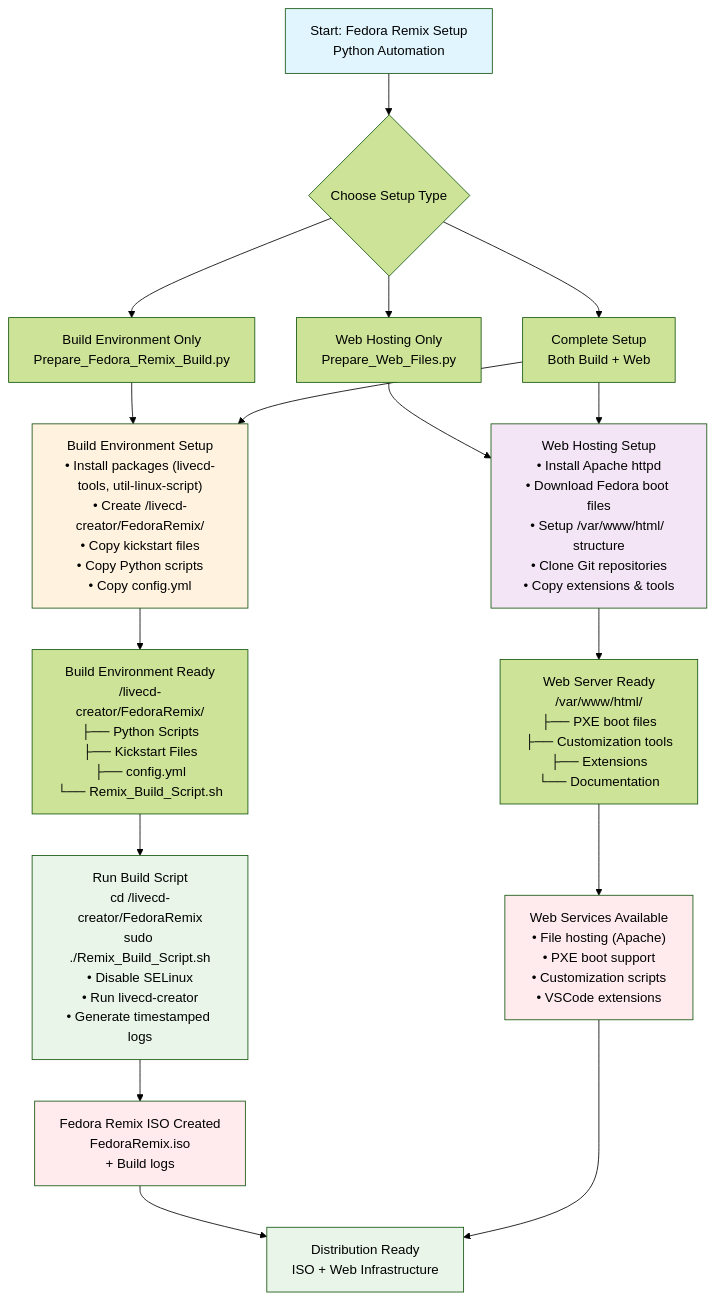
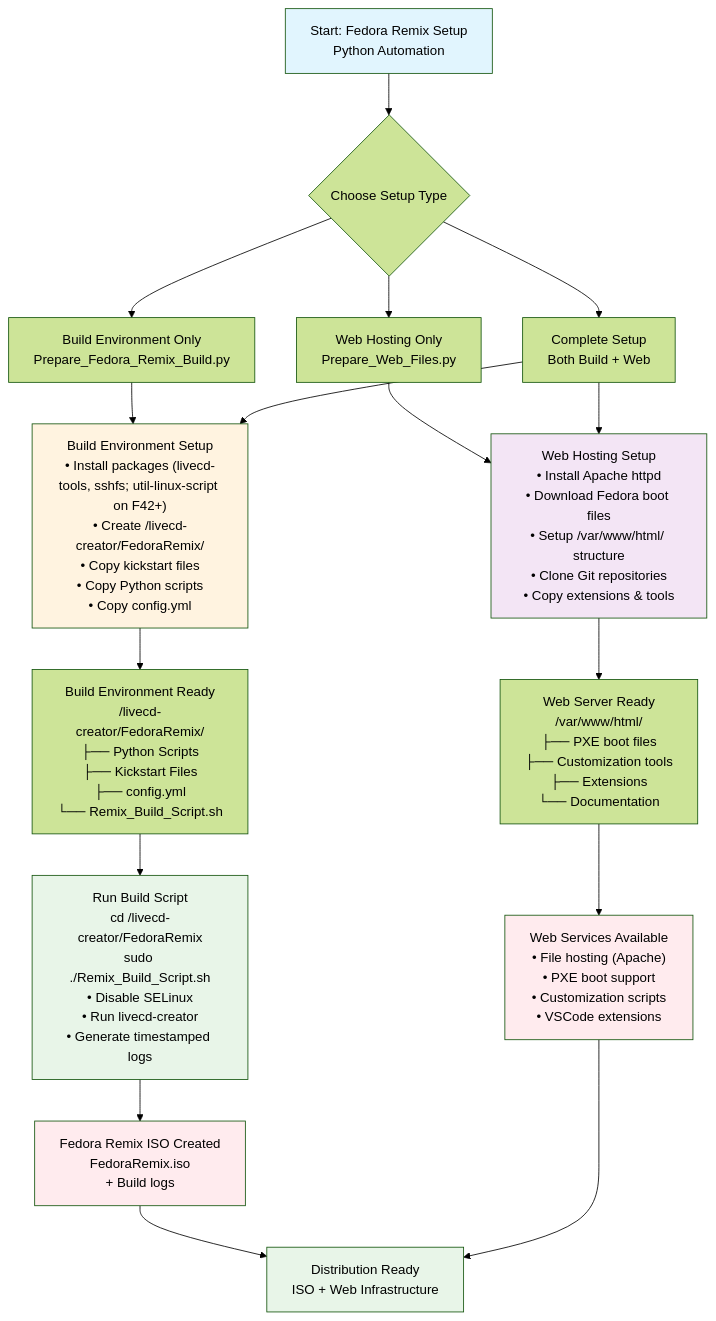
One commit to tmichett/Fedora_Remix changed the diagram in README_Scripts_Usage.md. Above: the diagram before and after it, drawn with Mermaid (forest theme). The commit also changed other lines of this file and 10 other files, not shown here.

First line of the commit message:
feat: Extend Update_Remix_Config for SSH path, remix dir, registry owner; sync docs (#198)

````diff
--- a/README_Scripts_Usage.md
+++ b/README_Scripts_Usage.md
@@ -139,36 +143,36 @@
 ```mermaid
 flowchart TD
     A["Start: Fedora Remix Setup<br/>Python Automation"] --> B{Choose Setup Type}
     
     B --> C["Build Environment Only<br/>Prepare_Fedora_Remix_Build.py"]
     B --> D["Web Hosting Only<br/>Prepare_Web_Files.py"]
     B --> E["Complete Setup<br/>Both Build + Web"]
     
-    C --> F["Build Environment Setup<br/>• Install packages (livecd-tools, util-linux-script)<br/>• Create /livecd-creator/FedoraRemix/<br/>• Copy kickstart files<br/>• Copy Python scripts<br/>• Copy config.yml"]
+    C --> F["Build Environment Setup<br/>• Install packages (livecd-tools, sshfs; util-linux-script on F42+)<br/>• Create /livecd-creator/FedoraRemix/<br/>• Copy kickstart files<br/>• Copy Python scripts<br/>• Copy config.yml"]
     
     D --> G["Web Hosting Setup<br/>• Install Apache httpd<br/>• Download Fedora boot files<br/>• Setup /var/www/html/ structure<br/>• Clone Git repositories<br/>• Copy extensions & tools"]
     
     E --> F
     E --> G
     
     F --> H["Build Environment Ready<br/>/livecd-creator/FedoraRemix/<br/>├── Python Scripts<br/>├── Kickstart Files<br/>├── config.yml<br/>└── Remix_Build_Script.sh"]
     
     G --> I["Web Server Ready<br/>/var/www/html/<br/>├── PXE boot files<br/>├── Customization tools<br/>├── Extensions<br/>└── Documentation"]
     
     H --> J["Run Build Script<br/>cd /livecd-creator/FedoraRemix<br/>sudo ./Remix_Build_Script.sh<br/>• Disable SELinux<br/>• Run livecd-creator<br/>• Generate timestamped logs"]
     
     J --> K["Fedora Remix ISO Created<br/>FedoraRemix.iso<br/>+ Build logs"]
     
     I --> L["Web Services Available<br/>• File hosting (Apache)<br/>• PXE boot support<br/>• Customization scripts<br/>• VSCode extensions"]
     
     K --> M["Distribution Ready<br/>ISO + Web Infrastructure"]
     L --> M
     
     style A fill:#e1f5fe
     style F fill:#fff3e0
     style G fill:#f3e5f5
     style J fill:#e8f5e8
     style K fill:#ffebee
     style L fill:#ffebee
     style M fill:#e8f5e8
 ```
````
